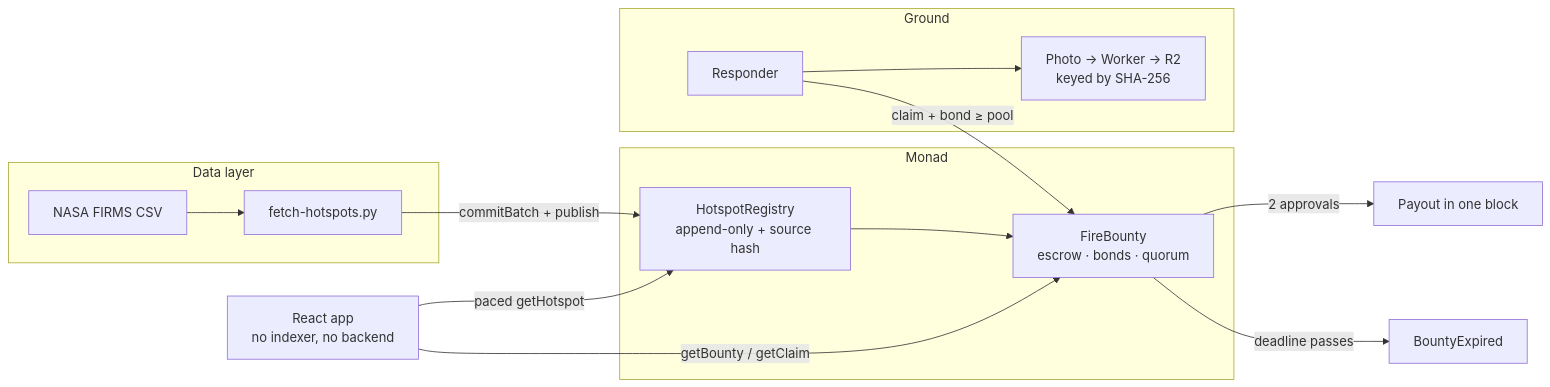
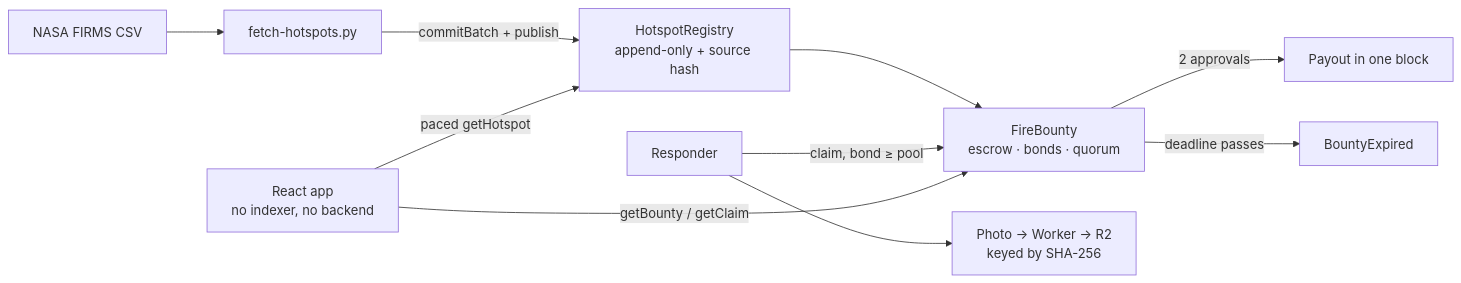
Before and after one commit to restuhaqza/asap-monad: the diagram in README.md, drawn with Mermaid.

Commit message:
docs: use plain mermaid that GitHub's renderer actually accepts
Subgraphs with an id and a quoted title are a newer Mermaid feature than GitHub ships; the result was 'Unable to render rich display' with the source spilled into the page. Same flowgraph, no subgraphs.

````diff
--- a/README.md
+++ b/README.md
@@ -72,18 +72,12 @@
 ```mermaid
 flowchart LR
-    subgraph data["Data layer"]
-        A["NASA FIRMS CSV"] --> B["fetch-hotspots.py"]
-    end
-    subgraph chain["Monad"]
-        B -->|"commitBatch + publish"| C["HotspotRegistry<br/>append-only + source hash"]
-        C --> D["FireBounty<br/>escrow · bonds · quorum"]
-    end
-    subgraph ground["Ground"]
-        R["Responder"] -->|"claim + bond ≥ pool"| D
-        R --> P["Photo → Worker → R2<br/>keyed by SHA-256"]
-    end
-    D -->|"2 approvals"| PAY["Payout in one block"]
-    D -->|"deadline passes"| EXP["BountyExpired"]
-    APP["React app<br/>no indexer, no backend"] -->|"paced getHotspot"| C
-    APP -->|"getBounty / getClaim"| D
+    CSV["NASA FIRMS CSV"] --> FETCH["fetch-hotspots.py"]
+    FETCH -->|"commitBatch + publish"| REG["HotspotRegistry<br/>append-only + source hash"]
+    REG --> BOUNTY["FireBounty<br/>escrow · bonds · quorum"]
+    RESP["Responder"] -->|"claim, bond ≥ pool"| BOUNTY
+    RESP --> PHOTO["Photo → Worker → R2<br/>keyed by SHA-256"]
+    BOUNTY -->|"2 approvals"| PAY["Payout in one block"]
+    BOUNTY -->|"deadline passes"| EXP["BountyExpired"]
+    APP["React app<br/>no indexer, no backend"] -->|"paced getHotspot"| REG
+    APP -->|"getBounty / getClaim"| BOUNTY
 ```
````
